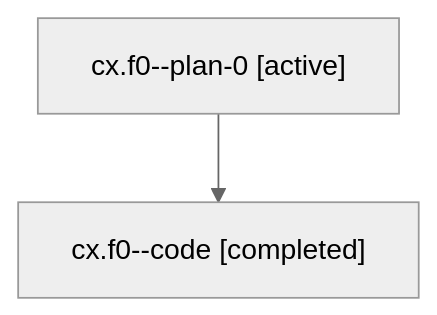
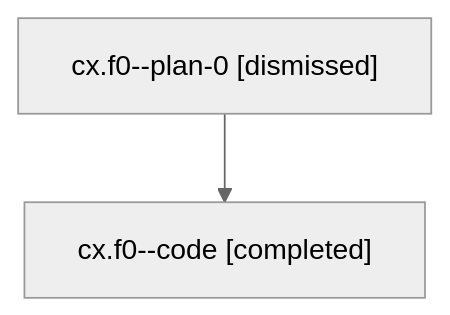
One commit to sase-org/sase--agents changed the diagram in sessions/bbugyi200.athena.cx.f0.md. Above: the diagram before and after it, drawn with Mermaid (neutral theme). The commit also changed other lines of this file and 35 other files, not shown here.

````diff
--- a/sessions/bbugyi200.athena.cx.f0.md
+++ b/sessions/bbugyi200.athena.cx.f0.md
@@ -9,6 +9,6 @@
 ```mermaid
 flowchart TD
-  n0["cx.f0--plan-0 [active]"]
+  n0["cx.f0--plan-0 [dismissed]"]
   n1["cx.f0--code [completed]"]
   n0 --> n1
 ```
````
